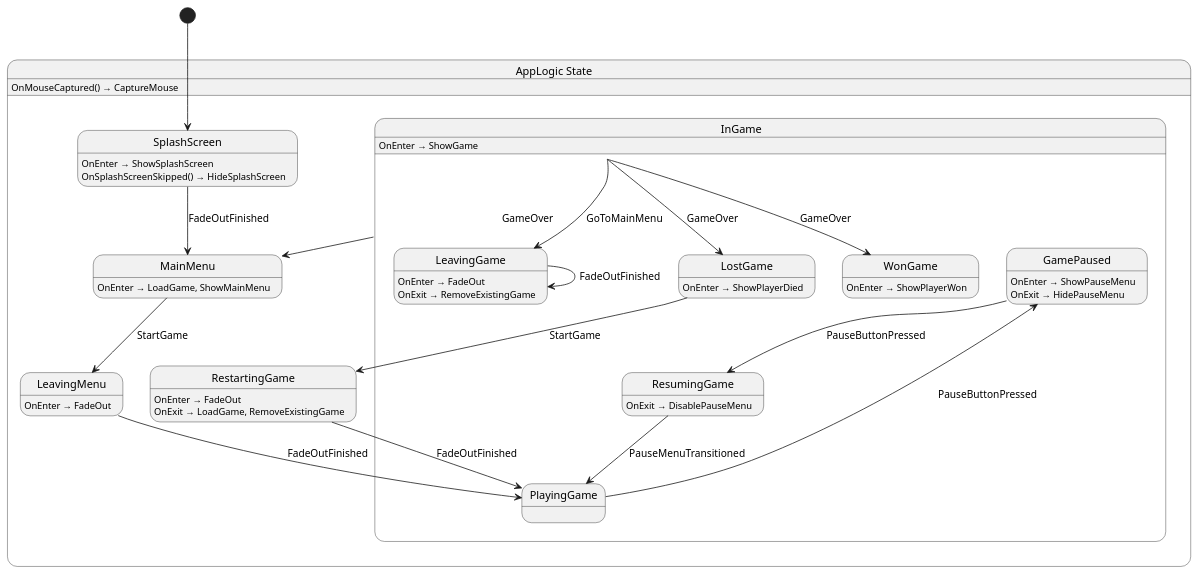
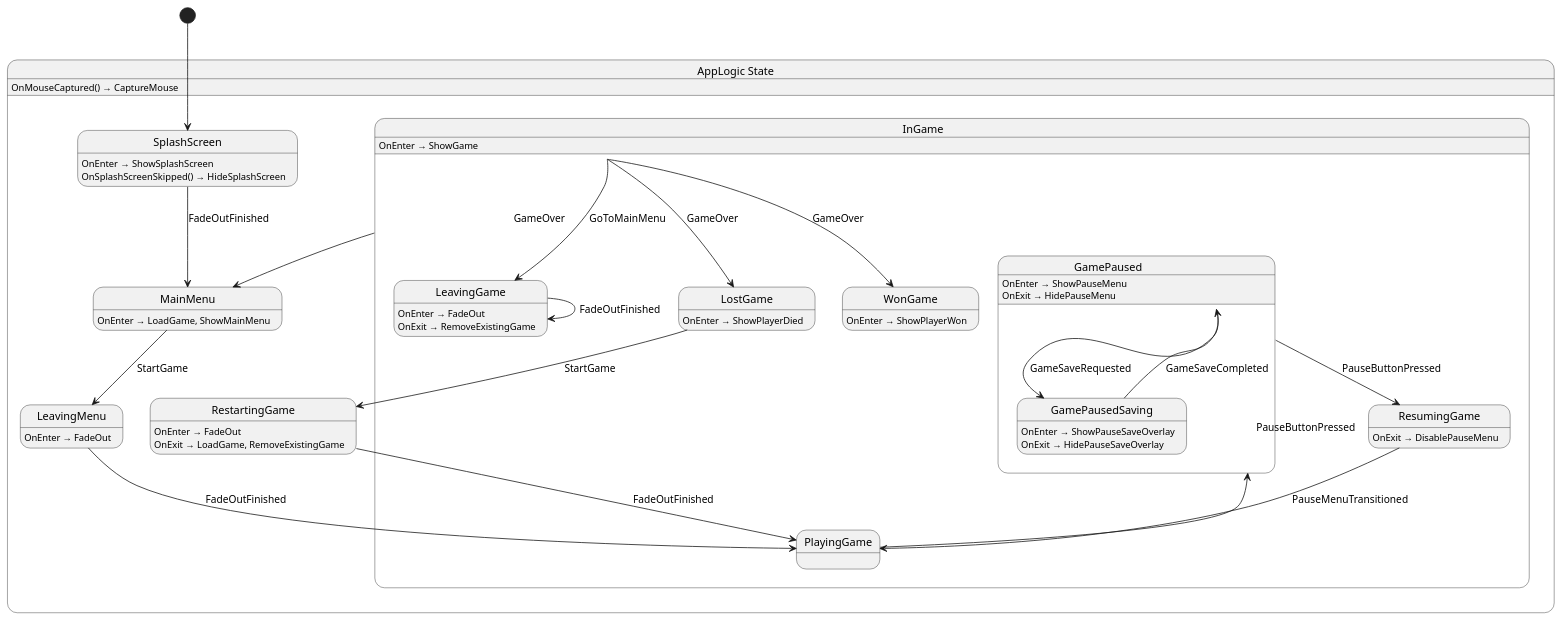
Before and after one commit to chickensoft-games/GameDemo: the diagram in src/app/state/AppLogic.g.puml, drawn with PlantUML. The commit also changed 32 other files, not shown here.

Commit message:
wip: save game

```diff
--- a/src/app/state/AppLogic.g.puml
+++ b/src/app/state/AppLogic.g.puml
@@ -1,56 +1,62 @@
 @startuml AppLogic
 state "AppLogic State" as GameDemo_AppLogic_State {
   state "InGame" as GameDemo_AppLogic_State_InGame {
     state "GamePaused" as GameDemo_AppLogic_State_GamePaused {
+      state "GamePausedSaving" as GameDemo_AppLogic_State_GamePausedSaving {
+        GameDemo_AppLogic_State_GamePausedSaving : OnEnter → ShowPauseSaveOverlay
+        GameDemo_AppLogic_State_GamePausedSaving : OnExit → HidePauseSaveOverlay
+      }
       GameDemo_AppLogic_State_GamePaused : OnEnter → ShowPauseMenu
       GameDemo_AppLogic_State_GamePaused : OnExit → HidePauseMenu
     }
     state "LeavingGame" as GameDemo_AppLogic_State_LeavingGame {
       GameDemo_AppLogic_State_LeavingGame : OnEnter → FadeOut
       GameDemo_AppLogic_State_LeavingGame : OnExit → RemoveExistingGame
     }
     state "LostGame" as GameDemo_AppLogic_State_LostGame {
       GameDemo_AppLogic_State_LostGame : OnEnter → ShowPlayerDied
     }
     state "PlayingGame" as GameDemo_AppLogic_State_PlayingGame
     state "ResumingGame" as GameDemo_AppLogic_State_ResumingGame {
       GameDemo_AppLogic_State_ResumingGame : OnExit → DisablePauseMenu
     }
     state "WonGame" as GameDemo_AppLogic_State_WonGame {
       GameDemo_AppLogic_State_WonGame : OnEnter → ShowPlayerWon
     }
     GameDemo_AppLogic_State_InGame : OnEnter → ShowGame
   }
   state "LeavingMenu" as GameDemo_AppLogic_State_LeavingMenu {
     GameDemo_AppLogic_State_LeavingMenu : OnEnter → FadeOut
   }
   state "MainMenu" as GameDemo_AppLogic_State_MainMenu {
     GameDemo_AppLogic_State_MainMenu : OnEnter → LoadGame, ShowMainMenu
   }
   state "RestartingGame" as GameDemo_AppLogic_State_RestartingGame {
     GameDemo_AppLogic_State_RestartingGame : OnEnter → FadeOut
     GameDemo_AppLogic_State_RestartingGame : OnExit → LoadGame, RemoveExistingGame
   }
   state "SplashScreen" as GameDemo_AppLogic_State_SplashScreen {
     GameDemo_AppLogic_State_SplashScreen : OnEnter → ShowSplashScreen
     GameDemo_AppLogic_State_SplashScreen : OnSplashScreenSkipped() → HideSplashScreen
   }
   GameDemo_AppLogic_State : OnMouseCaptured() → CaptureMouse
 }
 
+GameDemo_AppLogic_State_GamePaused --> GameDemo_AppLogic_State_GamePausedSaving : GameSaveRequested
 GameDemo_AppLogic_State_GamePaused --> GameDemo_AppLogic_State_ResumingGame : PauseButtonPressed
+GameDemo_AppLogic_State_GamePausedSaving --> GameDemo_AppLogic_State_GamePaused : GameSaveCompleted
 GameDemo_AppLogic_State_InGame --> GameDemo_AppLogic_State_LeavingGame : GoToMainMenu
 GameDemo_AppLogic_State_InGame --> GameDemo_AppLogic_State_LostGame : GameOver
 GameDemo_AppLogic_State_InGame --> GameDemo_AppLogic_State_MainMenu : GameOver
 GameDemo_AppLogic_State_InGame --> GameDemo_AppLogic_State_WonGame : GameOver
 GameDemo_AppLogic_State_LeavingGame --> GameDemo_AppLogic_State_LeavingGame : FadeOutFinished
 GameDemo_AppLogic_State_LeavingMenu --> GameDemo_AppLogic_State_PlayingGame : FadeOutFinished
 GameDemo_AppLogic_State_LostGame --> GameDemo_AppLogic_State_RestartingGame : StartGame
 GameDemo_AppLogic_State_MainMenu --> GameDemo_AppLogic_State_LeavingMenu : StartGame
 GameDemo_AppLogic_State_PlayingGame --> GameDemo_AppLogic_State_GamePaused : PauseButtonPressed
 GameDemo_AppLogic_State_RestartingGame --> GameDemo_AppLogic_State_PlayingGame : FadeOutFinished
 GameDemo_AppLogic_State_ResumingGame --> GameDemo_AppLogic_State_PlayingGame : PauseMenuTransitioned
 GameDemo_AppLogic_State_SplashScreen --> GameDemo_AppLogic_State_MainMenu : FadeOutFinished
 
 [*] --> GameDemo_AppLogic_State_SplashScreen
 @enduml
```
